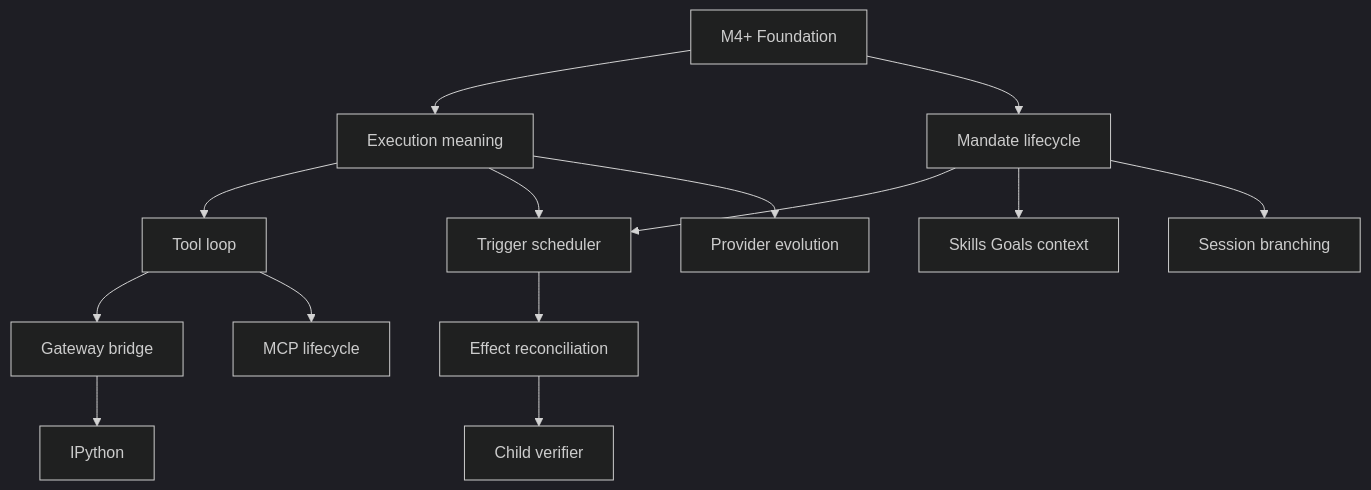
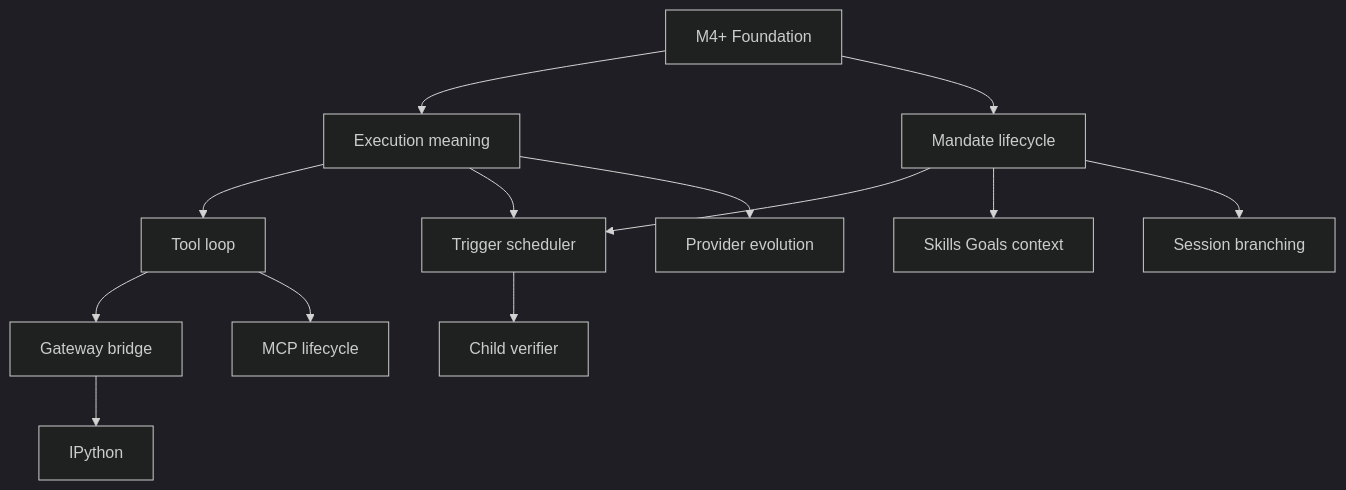
Before and after one commit to y0tsy/intention-relay: the second of 2 diagrams in docs/intention-relay/architecture/11-implementation-roadmap.md, drawn with Mermaid (dark theme). The commit also changed other lines of this file and 104 other files, not shown here.

````diff
--- a/docs/intention-relay/architecture/11-implementation-roadmap.md
+++ b/docs/intention-relay/architecture/11-implementation-roadmap.md
@@ -700,16 +699,15 @@
 ```mermaid
 flowchart TD
   F[M4+ Foundation] --> E[Execution meaning]
   F --> M[Mandate lifecycle]
   E --> T[Tool loop]
   M --> S[Trigger scheduler]
   E --> S
   T --> G[Gateway bridge]
-  S --> X[Effect reconciliation]
-  X --> C[Child verifier]
+  S --> C[Child verifier]
   T --> P[MCP lifecycle]
   M --> K[Skills Goals context]
   E --> V[Provider evolution]
   M --> B[Session branching]
   G --> I[IPython]
 ```
````
